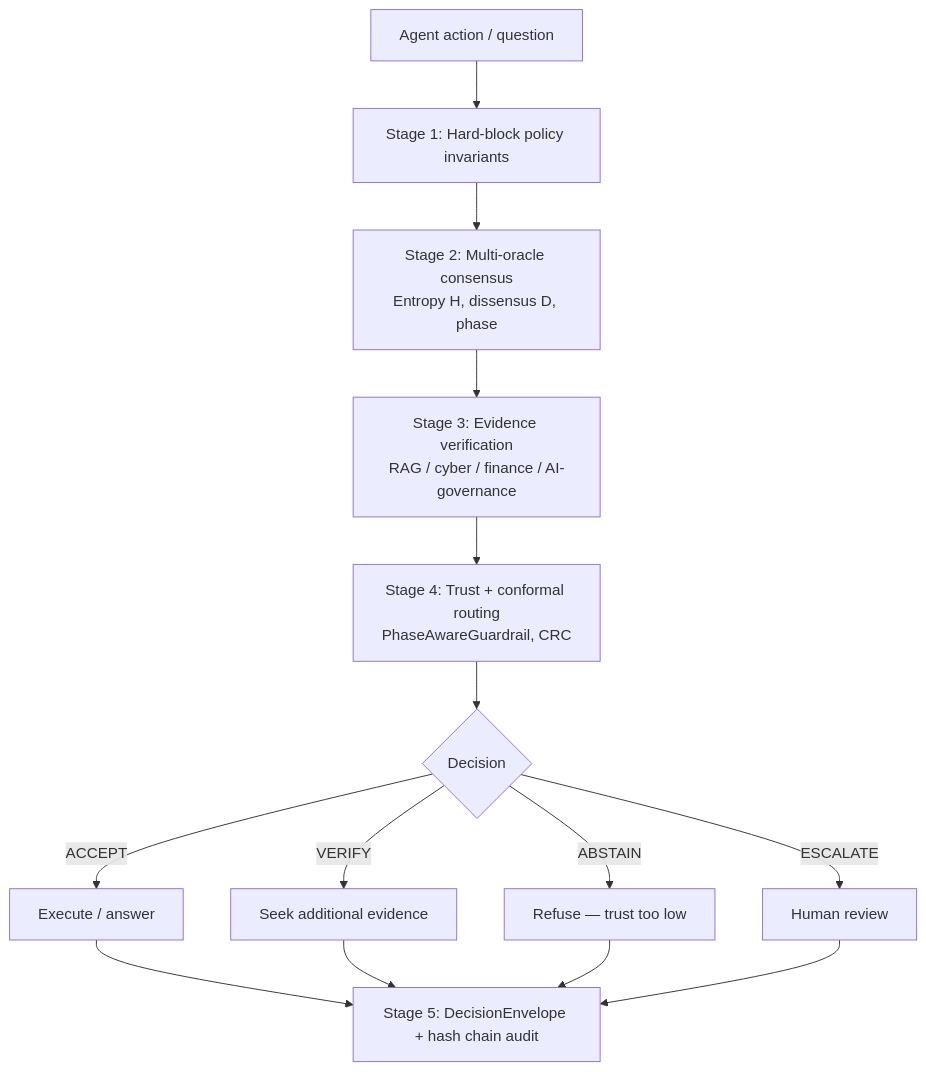
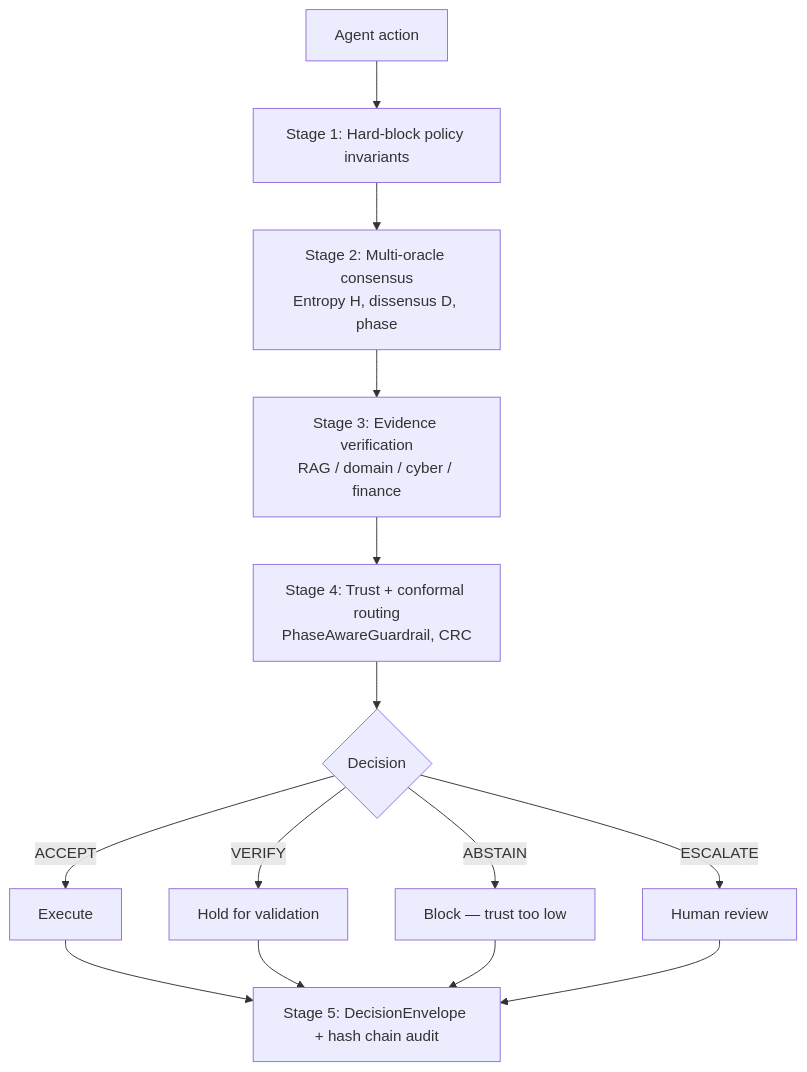
One commit to darklordVirtual/REMORA-research changed the diagram in README.md. Above: the diagram before and after it, drawn with Mermaid. The commit also changed other lines of this file and 2 other files, not shown here.

````diff
--- a/README.md
+++ b/README.md
@@ -42,16 +58,16 @@
 ```mermaid
 flowchart TD
-    A[Agent action / question] --> B[Stage 1: Hard-block policy invariants]
+    A[Agent action] --> B[Stage 1: Hard-block policy invariants]
     B --> C[Stage 2: Multi-oracle consensus\nEntropy H, dissensus D, phase]
-    C --> D[Stage 3: Evidence verification\nRAG / cyber / finance / AI-governance]
+    C --> D[Stage 3: Evidence verification\nRAG / domain / cyber / finance]
     D --> E[Stage 4: Trust + conformal routing\nPhaseAwareGuardrail, CRC]
     E --> F{Decision}
-    F -->|ACCEPT| G[Execute / answer]
-    F -->|VERIFY| H[Seek additional evidence]
-    F -->|ABSTAIN| I[Refuse — trust too low]
+    F -->|ACCEPT| G[Execute]
+    F -->|VERIFY| H[Hold for validation]
+    F -->|ABSTAIN| I[Block — trust too low]
     F -->|ESCALATE| J[Human review]
     G --> K[Stage 5: DecisionEnvelope + hash chain audit]
     H --> K
     I --> K
     J --> K
 ```
````
